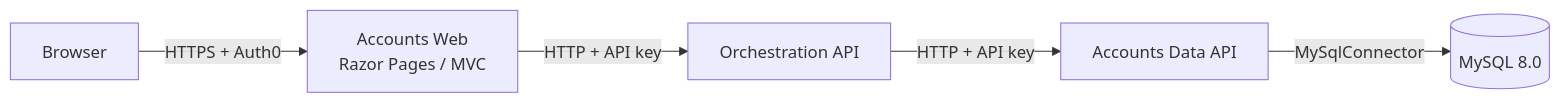
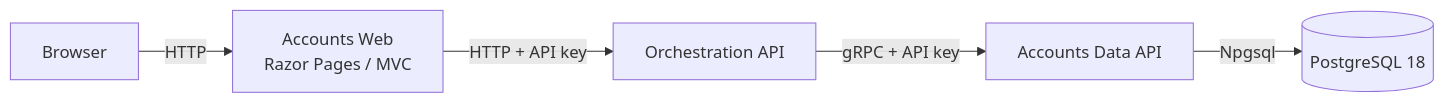
The first of 2 diagrams in README.md (ElisesHub/accounts-system), drawn with Mermaid before and after one commit. The commit also changed other lines of this file and 1 other file, not shown here.

````diff
--- a/README.md
+++ b/README.md
@@ -7,7 +7,7 @@
 ```mermaid
 flowchart LR
-    Browser -->|HTTPS + Auth0| Web[Accounts Web<br/>Razor Pages / MVC]
+    Browser -->|HTTP| Web[Accounts Web<br/>Razor Pages / MVC]
     Web -->|HTTP + API key| Orch[Orchestration API]
-    Orch -->|HTTP + API key| Data[Accounts Data API]
-    Data -->|MySqlConnector| DB[(MySQL 8.0)]
+    Orch -->|gRPC + API key| Data[Accounts Data API]
+    Data -->|Npgsql| DB[(PostgreSQL 18)]
 ```
````
